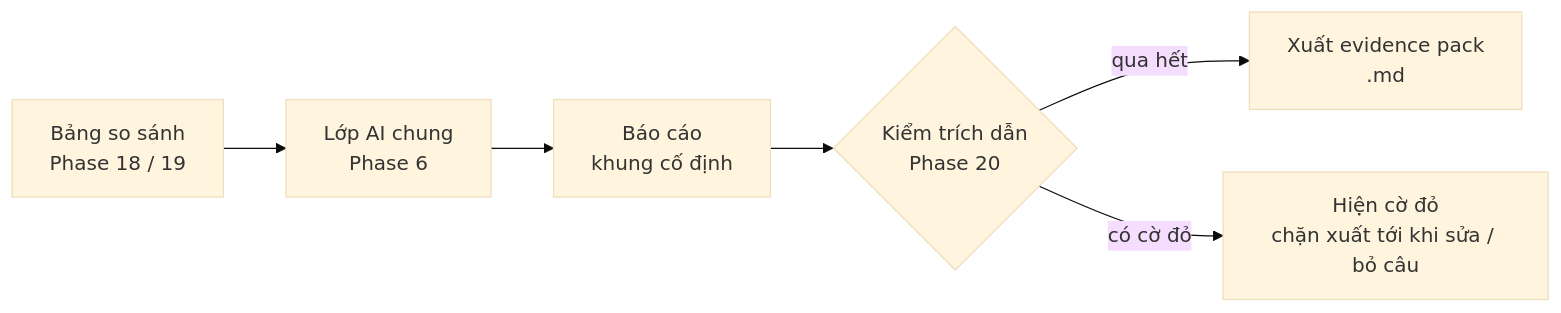
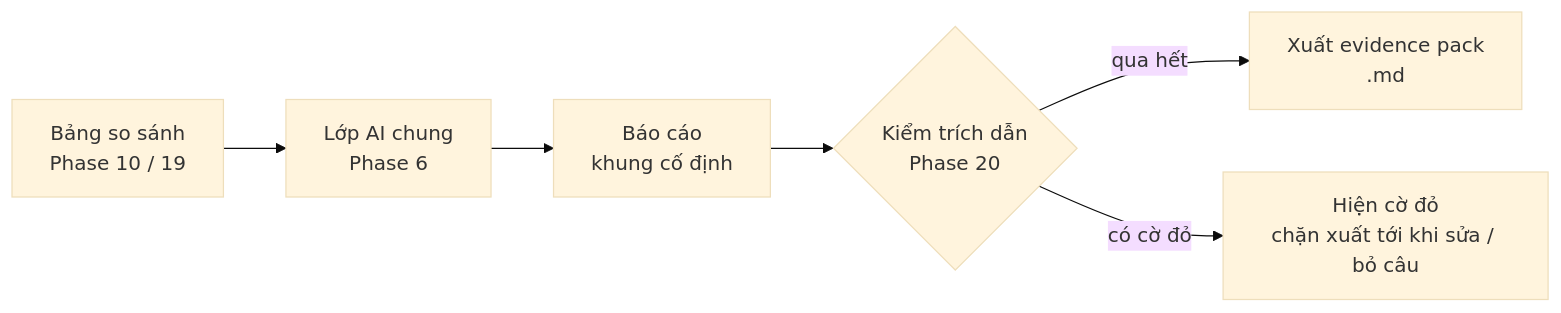
One commit to nvminhtu/niche-radar-docs changed the diagram in docs/web/phase-21-ai-cite-report.md. Above: the diagram before and after it, drawn with Mermaid (base theme). The commit also changed other lines of this file and 27 other files, not shown here.

Commit message:
docs: sync đánh số lại phase Web — So sánh niche thành Phase 10, 10–16 → 11–17

````diff
--- a/docs/web/phase-21-ai-cite-report.md
+++ b/docs/web/phase-21-ai-cite-report.md
@@ -10,8 +10,8 @@
 ```mermaid
 flowchart LR
-  T[Bảng so sánh<br/>Phase 18 / 19] --> L[Lớp AI chung<br/>Phase 6]
+  T[Bảng so sánh<br/>Phase 10 / 19] --> L[Lớp AI chung<br/>Phase 6]
   L --> R[Báo cáo<br/>khung cố định]
   R --> V{Kiểm trích dẫn<br/>Phase 20}
   V -->|qua hết| E[Xuất evidence pack<br/>.md]
   V -->|có cờ đỏ| F[Hiện cờ đỏ<br/>chặn xuất tới khi sửa / bỏ câu]
 ```
````
